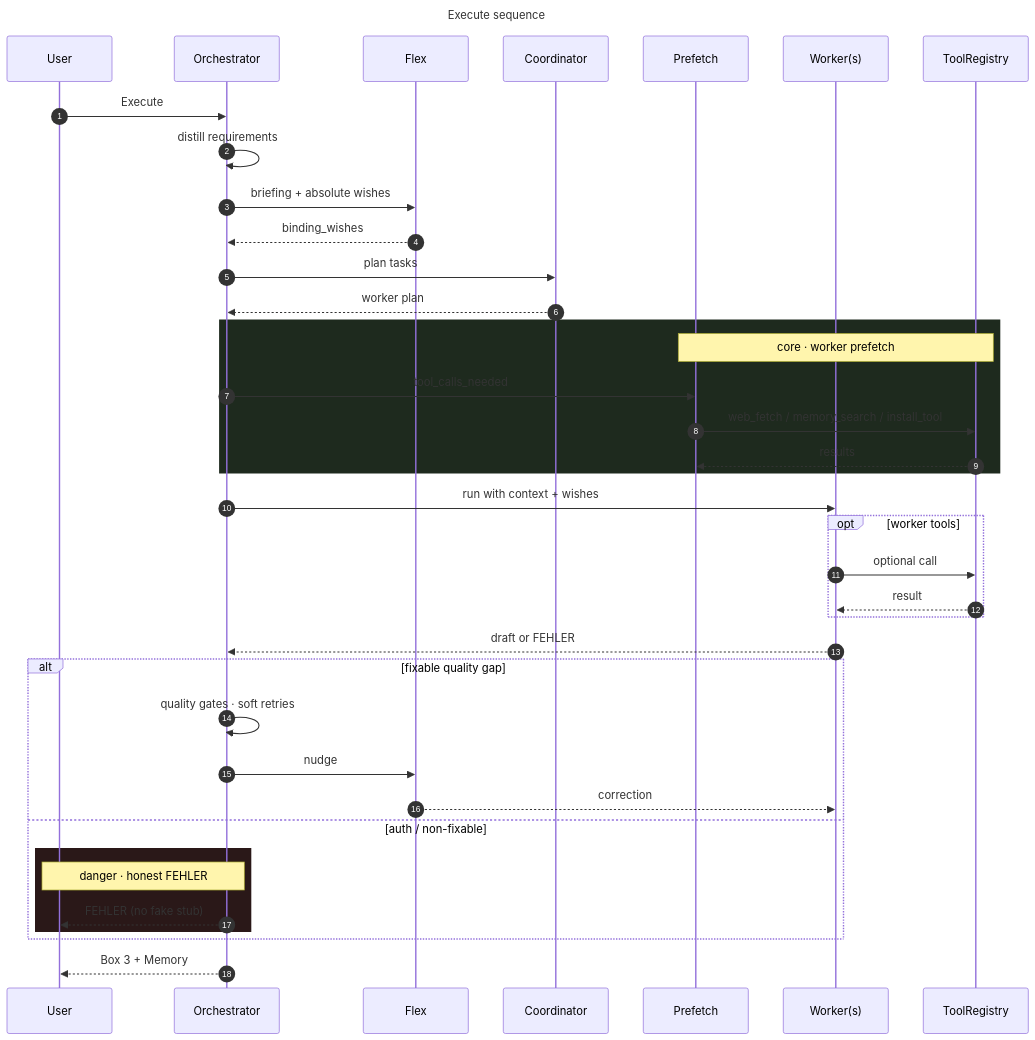
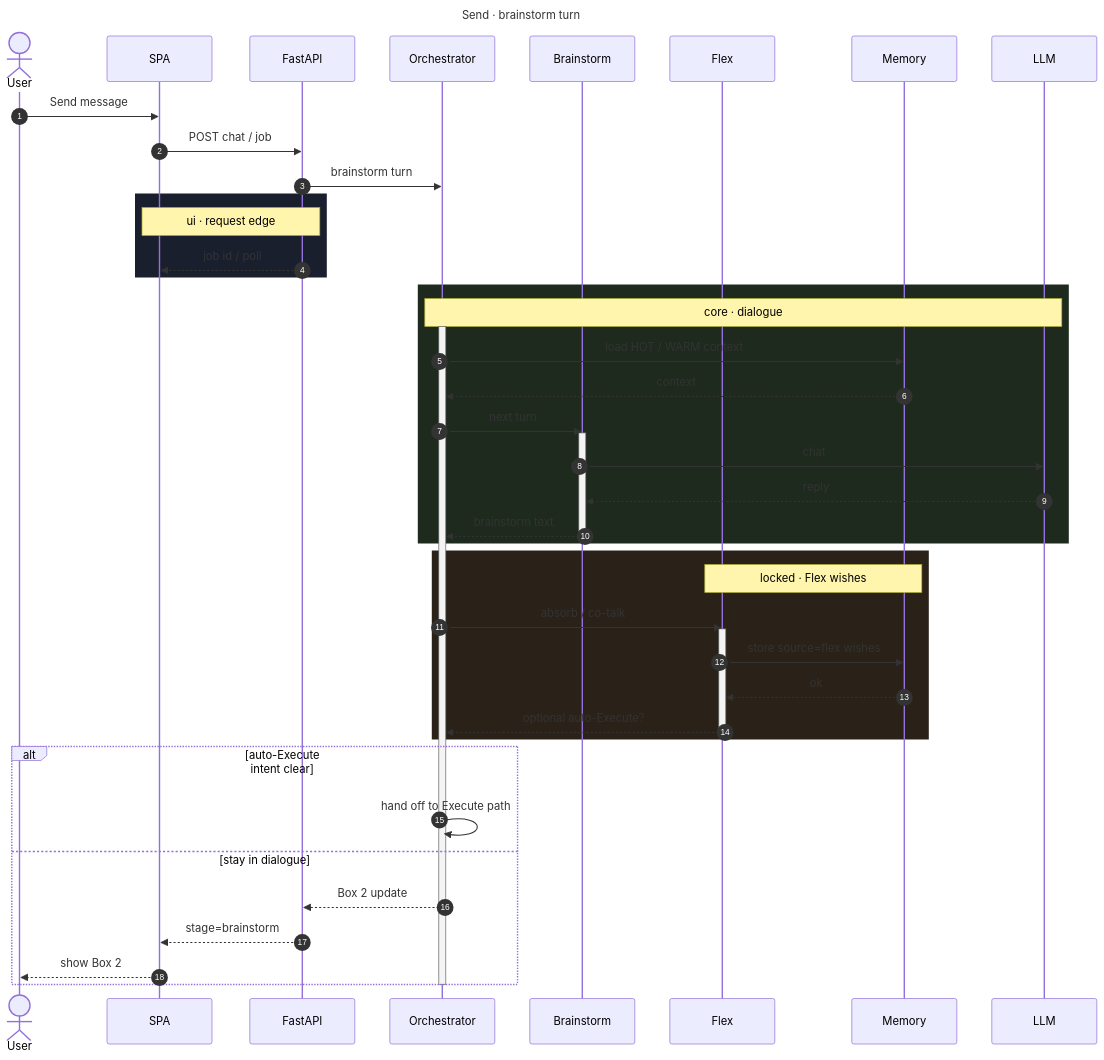
The fourth of 9 diagrams in docs/ARCHITECTURE.md (landjunge/gnom-hub-v1), drawn with Mermaid before and after one commit. The commit also changed other lines of this file and 3 other files, not shown here.

First line of the commit message:
docs: rework Mermaid sequence diagrams (Send, Execute, Tools)

````diff
--- a/docs/ARCHITECTURE.md
+++ b/docs/ARCHITECTURE.md
@@ -141,47 +146,56 @@
 ```mermaid
 ---
-title: Execute sequence
+title: Send · brainstorm turn
 ---
 sequenceDiagram
   autonumber
-  participant U as User
+  actor U as User
+  participant SPA as SPA
+  participant API as FastAPI
   participant O as Orchestrator
+  participant B as Brainstorm
   participant F as Flex
-  participant C as Coordinator
-  participant P as Prefetch
-  participant W as Worker(s)
-  participant T as ToolRegistry
+  participant M as Memory
+  participant L as LLM
 
-  U->>O: Execute
-  O->>O: distill requirements
-  O->>F: briefing + absolute wishes
-  F-->>O: binding_wishes
-  O->>C: plan tasks
-  C-->>O: worker plan
+  U->>SPA: Send message
+  SPA->>API: POST chat / job
+  API->>O: brainstorm turn
+
+  rect rgb(26, 31, 46)
+    Note over SPA,API: ui · request edge
+    API-->>SPA: job id / poll
+  end
 
   rect rgb(30, 42, 30)
-    Note over P,T: core · worker prefetch
-    O->>P: tool_calls_needed
-    P->>T: web_fetch / memory_search / install_tool
-    T-->>P: results
+    Note over O,L: core · dialogue
+    activate O
+    O->>M: load HOT / WARM context
+    M-->>O: context
+    O->>B: next turn
+    activate B
+    B->>L: chat
+    L-->>B: reply
+    B-->>O: brainstorm text
+    deactivate B
   end
 
-  O->>W: run with context + wishes
-  opt worker tools
-    W->>T: optional call
-    T-->>W: result
+  rect rgb(42, 34, 24)
+    Note over F,M: locked · Flex wishes
+    O->>F: absorb / co-talk
+    activate F
+    F->>M: store source=flex wishes
+    M-->>F: ok
+    F-->>O: optional auto-Execute?
+    deactivate F
   end
-  W-->>O: draft or FEHLER
 
-  alt fixable quality gap
-    O->>O: quality gates · soft retries
-    O->>F: nudge
-    F-->>W: correction
-  else auth / non-fixable
-    rect rgb(42, 24, 24)
-      Note over O,U: danger · honest FEHLER
-      O-->>U: FEHLER (no fake stub)
-    end
+  alt auto-Execute intent clear
+    O->>O: hand off to Execute path
+  else stay in dialogue
+    O-->>API: Box 2 update
+    API-->>SPA: stage=brainstorm
+    SPA-->>U: show Box 2
   end
-  O-->>U: Box 3 + Memory
+  deactivate O
 ```
````
